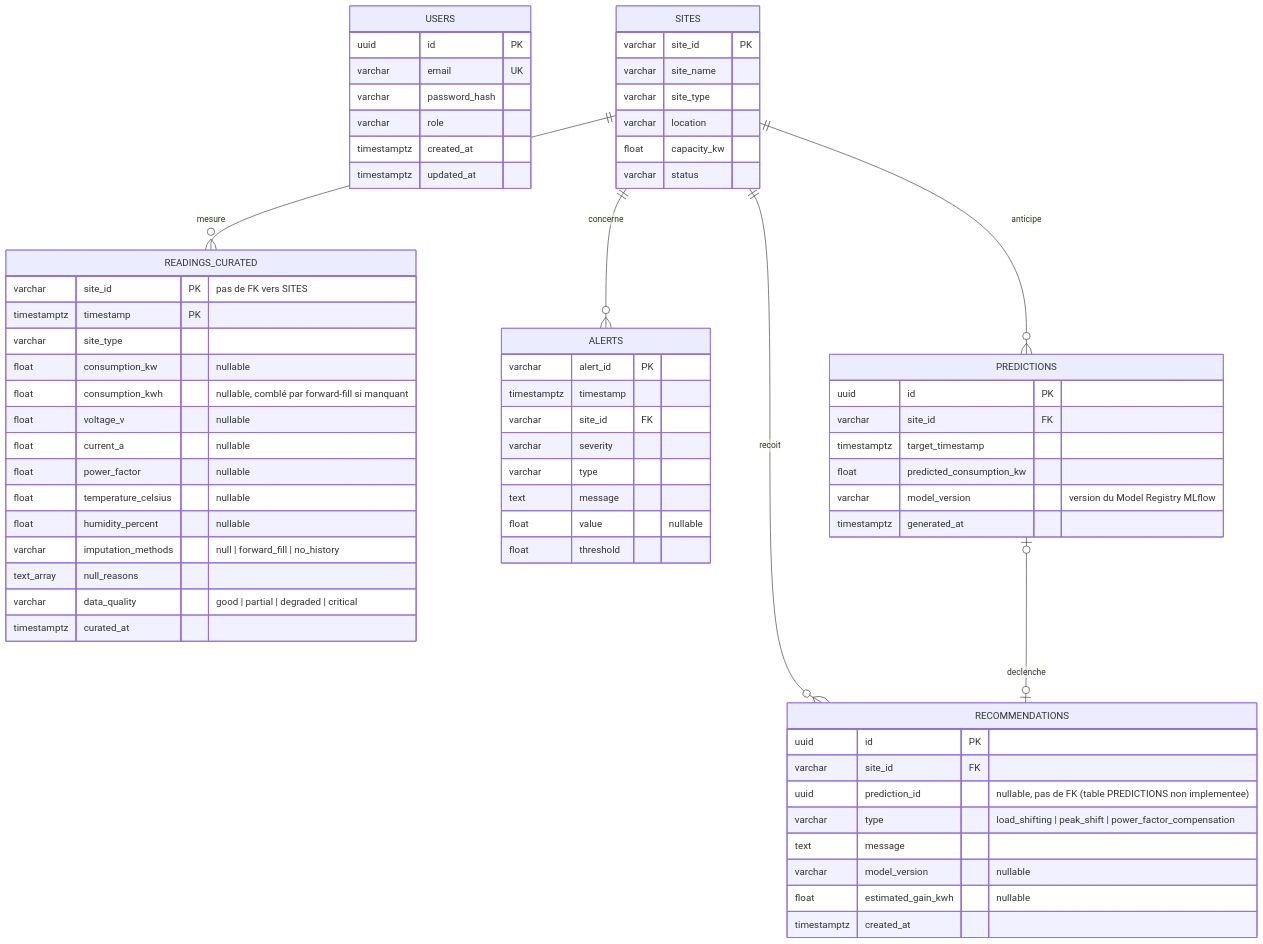
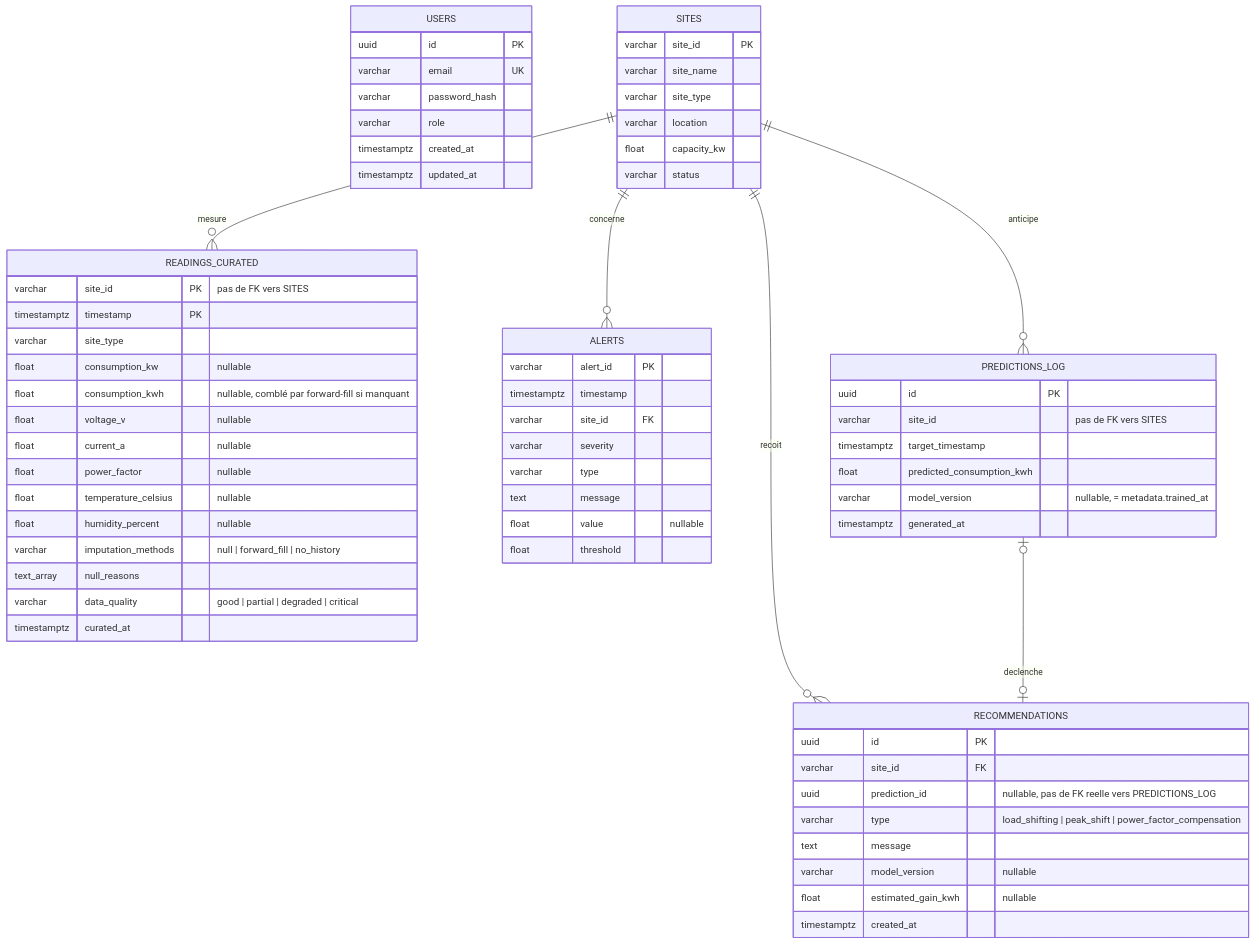
Before and after one commit to PetitPingu/EnerVision: the diagram in docs/archi_database.md, drawn with Mermaid. The commit also changed other lines of this file and 38 other files, not shown here.

````diff
--- a/docs/archi_database.md
+++ b/docs/archi_database.md
@@ -29,74 +27,74 @@
 ```mermaid
 erDiagram
     USERS {
         uuid id PK
         varchar email UK
         varchar password_hash
         varchar role
         timestamptz created_at
         timestamptz updated_at
     }
 
     SITES {
         varchar site_id PK
         varchar site_name
         varchar site_type
         varchar location
         float capacity_kw
         varchar status
     }
 
     READINGS_CURATED {
         varchar site_id PK "pas de FK vers SITES"
         timestamptz timestamp PK
         varchar site_type
         float consumption_kw "nullable"
         float consumption_kwh "nullable, comblé par forward-fill si manquant"
         float voltage_v "nullable"
         float current_a "nullable"
         float power_factor "nullable"
         float temperature_celsius "nullable"
         float humidity_percent "nullable"
         varchar imputation_methods "null | forward_fill | no_history"
         text_array null_reasons
         varchar data_quality "good | partial | degraded | critical"
         timestamptz curated_at
     }
 
     ALERTS {
         varchar alert_id PK
         timestamptz timestamp
         varchar site_id FK
         varchar severity
         varchar type
         text message
         float value "nullable"
         float threshold
     }
 
-    PREDICTIONS {
+    PREDICTIONS_LOG {
         uuid id PK
-        varchar site_id FK
+        varchar site_id "pas de FK vers SITES"
         timestamptz target_timestamp
-        float predicted_consumption_kw
-        varchar model_version "version du Model Registry MLflow"
+        float predicted_consumption_kwh
+        varchar model_version "nullable, = metadata.trained_at"
         timestamptz generated_at
     }
 
     RECOMMENDATIONS {
         uuid id PK
         varchar site_id FK
-        uuid prediction_id "nullable, pas de FK (table PREDICTIONS non implementee)"
+        uuid prediction_id "nullable, pas de FK reelle vers PREDICTIONS_LOG"
         varchar type "load_shifting | peak_shift | power_factor_compensation"
         text message
         varchar model_version "nullable"
         float estimated_gain_kwh "nullable"
         timestamptz created_at
     }
 
     SITES ||--o{ READINGS_CURATED : "mesure"
     SITES ||--o{ ALERTS : "concerne"
-    SITES ||--o{ PREDICTIONS : "anticipe"
+    SITES ||--o{ PREDICTIONS_LOG : "anticipe"
     SITES ||--o{ RECOMMENDATIONS : "recoit"
-    PREDICTIONS |o--o| RECOMMENDATIONS : "declenche"
+    PREDICTIONS_LOG |o--o| RECOMMENDATIONS : "declenche"
 ```
````
